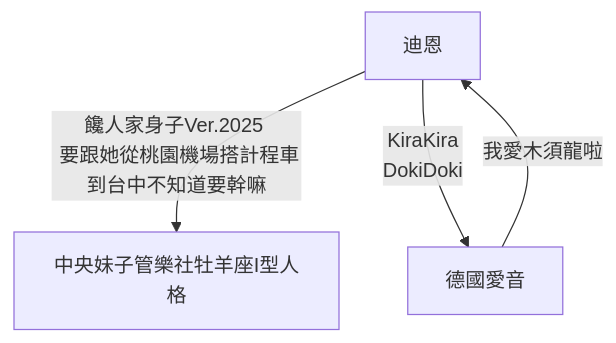
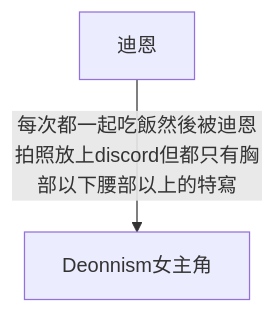
Before and after one commit to piloteric/Deon_relationship_chart: the diagram in your_circle_is_mess.md, drawn with Mermaid. The commit also changed other lines of this file, not shown here.

Commit message:
2025q2update

````diff
--- a/your_circle_is_mess.md
+++ b/your_circle_is_mess.md
@@ -2,13 +3,12 @@
 ```mermaid
 
 graph
     
     Deon[迪恩]
-    NCUchick[中央妹子管樂社牡羊座I型人格]
-    Anon[德國愛音]
+    girl2025Q2[Deonnism女主角]
+    
 
-    Deon --饞人家身子Ver.2025 <br> 要跟她從桃園機場搭計程車到台中不知道要幹嘛--> NCUchick
-    Deon --KiraKira <br> DokiDoki --> Anon
-    Anon -- 我愛木須龍啦 --> Deon
+    Deon --每次都一起吃飯然後被迪恩拍照放上discord但都只有胸部以下腰部以上的特寫--> girl2025Q2
+
 
 ```
````
